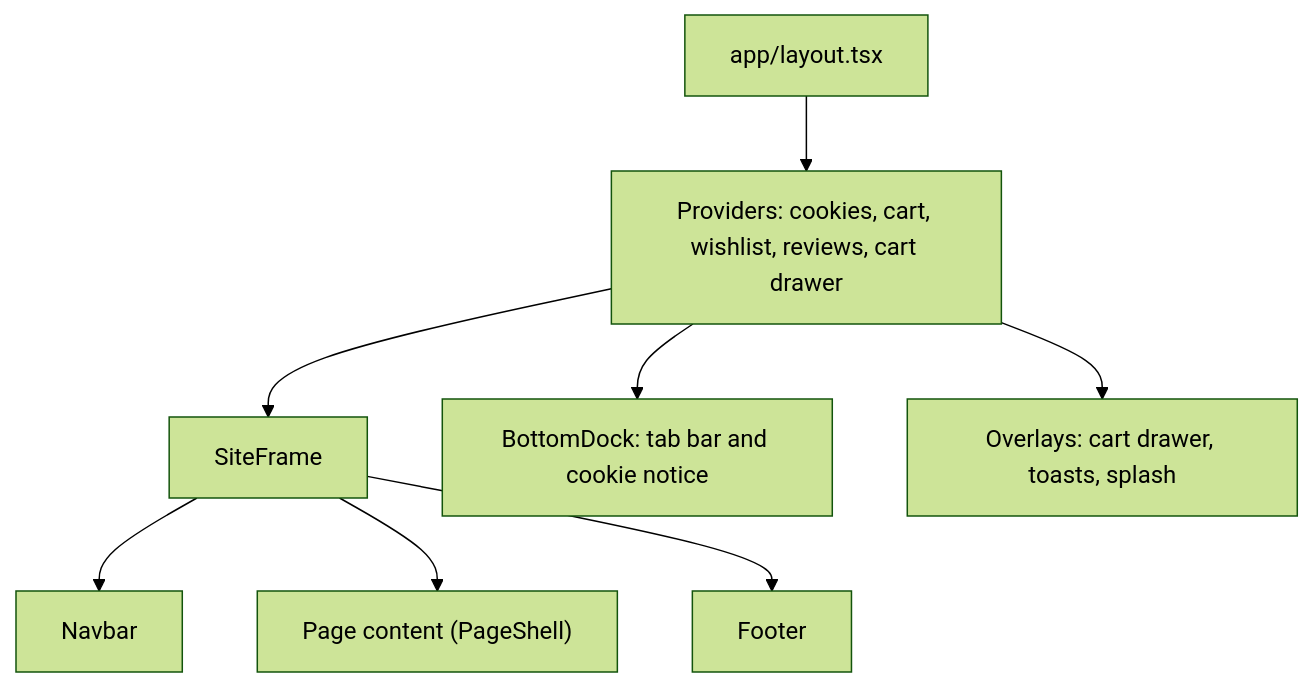
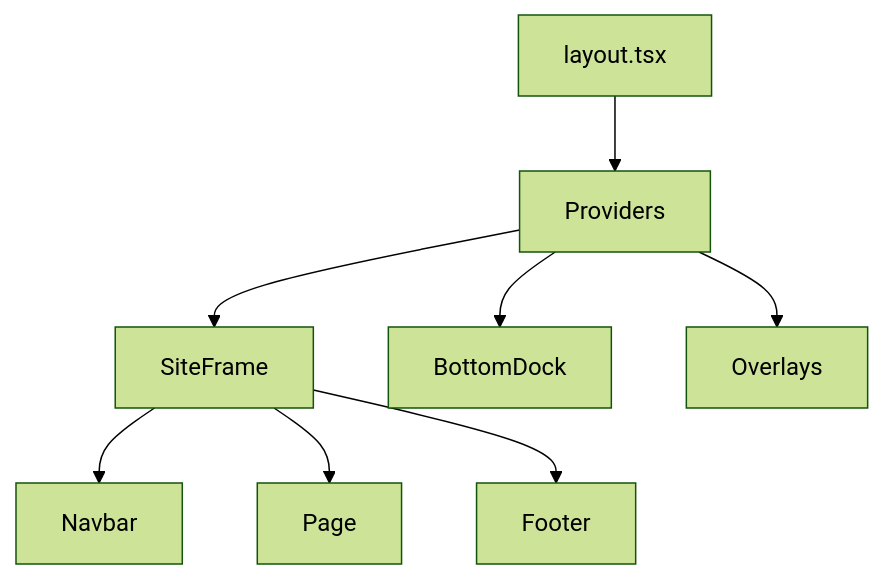
One commit to AbidHussainOFFICIAL/Mugs-website changed the diagram in README.md. Above: the diagram before and after it, drawn with Mermaid (forest theme). The commit also changed other lines of this file and 4 other files, not shown here.

````diff
--- a/README.md
+++ b/README.md
@@ -65,10 +85,10 @@
 ```mermaid
 flowchart TD
-  L["app/layout.tsx"] --> P["Providers: cookies, cart, wishlist, reviews, cart drawer"]
-  P --> S["SiteFrame"]
-  S --> N["Navbar"]
-  S --> C["Page content (PageShell)"]
-  S --> F["Footer"]
-  P --> D["BottomDock: tab bar and cookie notice"]
-  P --> O["Overlays: cart drawer, toasts, splash"]
+  A["layout.tsx"] --> B["Providers"]
+  B --> C["SiteFrame"]
+  C --> D["Navbar"]
+  C --> E["Page"]
+  C --> F["Footer"]
+  B --> G["BottomDock"]
+  B --> H["Overlays"]
 ```
````
